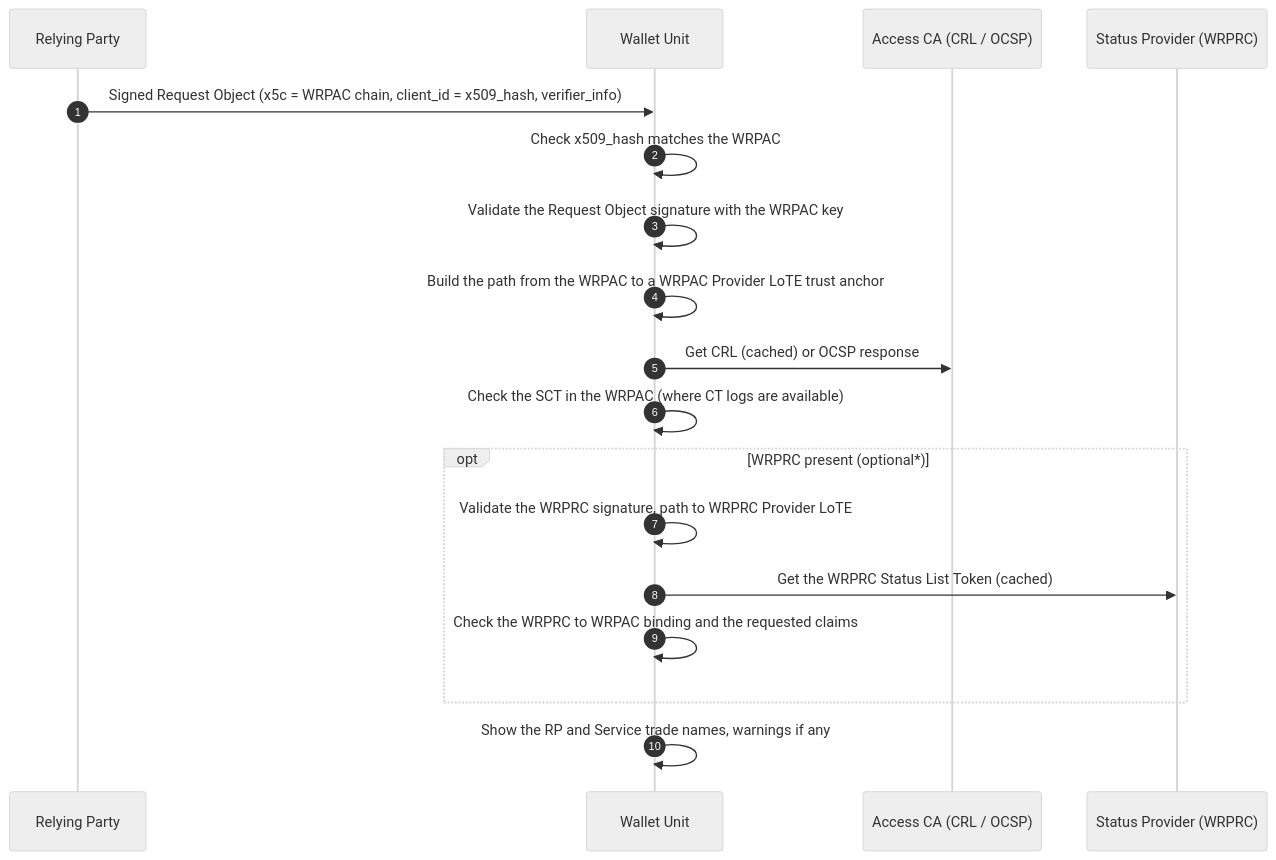
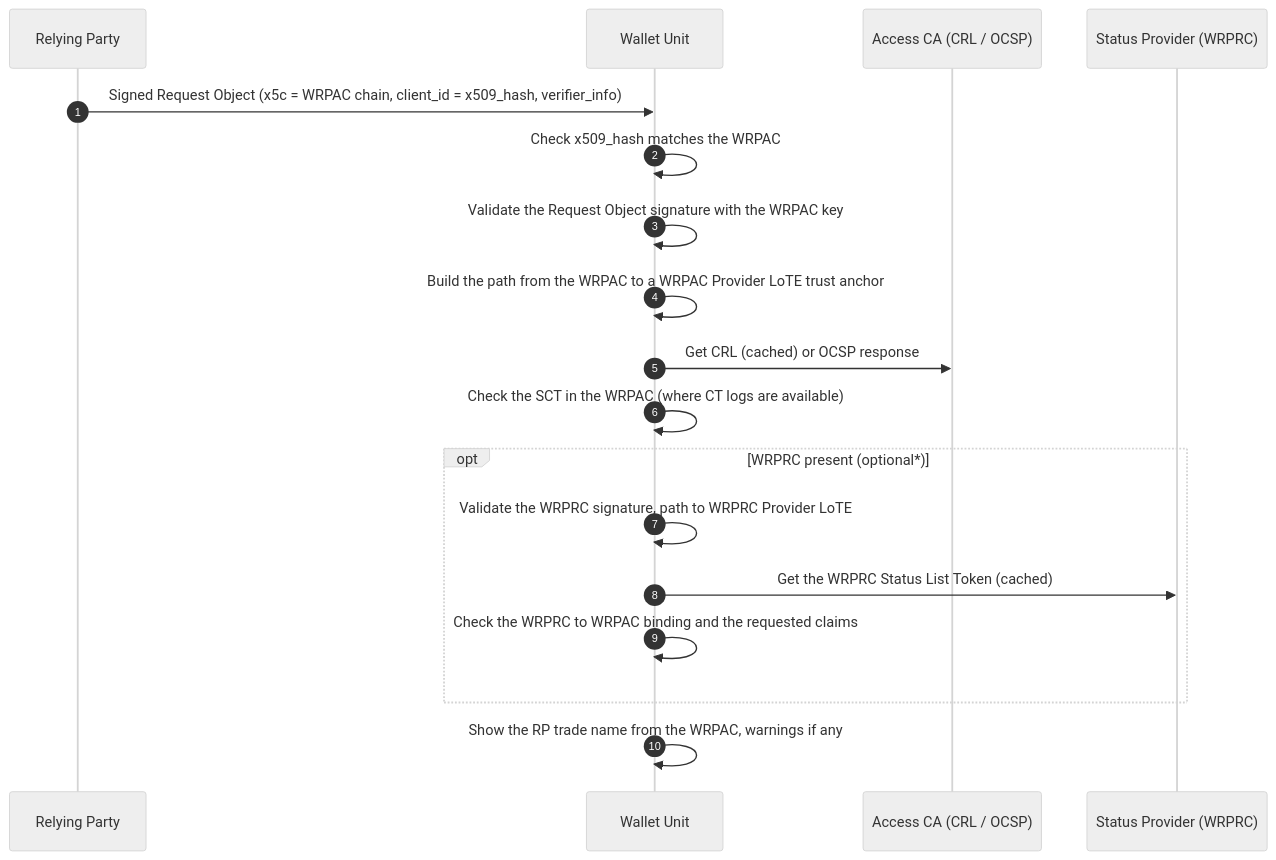
Before and after one commit to webuild-consortium/wp4-architecture: the second of 2 diagrams in conformance-specs/cs-18-baseline-trust-validation.md, drawn with Mermaid (neutral theme). The commit also changed other lines of this file, not shown here.

First line of the commit message:
cs-18: make the Service identifier check conditional

````diff
--- a/conformance-specs/cs-18-baseline-trust-validation.md
+++ b/conformance-specs/cs-18-baseline-trust-validation.md
@@ -192,20 +194,20 @@
 ```mermaid
 sequenceDiagram
     autonumber
     participant RP as Relying Party
     participant WU as Wallet Unit
     participant AC as Access CA (CRL / OCSP)
     participant SP as Status Provider (WRPRC)
     RP->>WU: Signed Request Object (x5c = WRPAC chain, client_id = x509_hash, verifier_info)
     WU->>WU: Check x509_hash matches the WRPAC
     WU->>WU: Validate the Request Object signature with the WRPAC key
     WU->>WU: Build the path from the WRPAC to a WRPAC Provider LoTE trust anchor
     WU->>AC: Get CRL (cached) or OCSP response
     WU->>WU: Check the SCT in the WRPAC (where CT logs are available)
     opt WRPRC present (optional*)
         WU->>WU: Validate the WRPRC signature, path to WRPRC Provider LoTE
         WU->>SP: Get the WRPRC Status List Token (cached)
         WU->>WU: Check the WRPRC to WRPAC binding and the requested claims
     end
-    WU->>WU: Show the RP and Service trade names, warnings if any
+    WU->>WU: Show the RP trade name from the WRPAC, warnings if any
 ```
````
